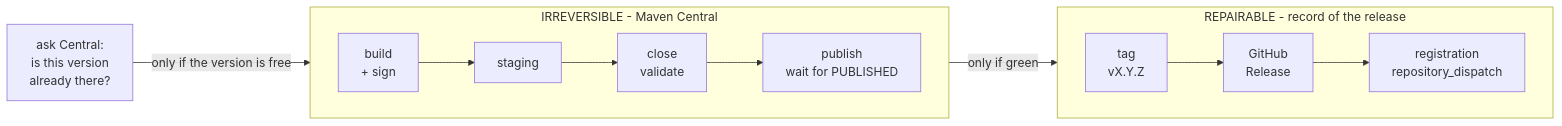
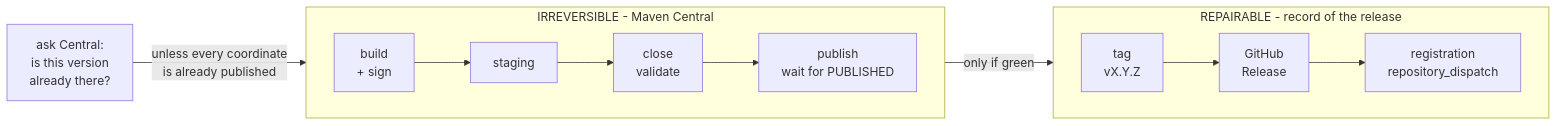
Before and after one commit to octopusden/octopus-base: the first of 4 diagrams in docs/Octopus Release Pipeline.md, drawn with Mermaid. The commit also changed other lines of this file, not shown here.

````diff
--- a/docs/Octopus Release Pipeline.md
+++ b/docs/Octopus Release Pipeline.md
@@ -34,14 +34,14 @@
 ```mermaid
 flowchart LR
     PF["ask Central:<br/>is this version<br/>already there?"]
     subgraph publish ["IRREVERSIBLE - Maven Central"]
         direction LR
         B["build<br/>+ sign"] --> S["staging"] --> C["close<br/>validate"] --> P["publish<br/>wait for PUBLISHED"]
     end
     subgraph record ["REPAIRABLE - record of the release"]
         direction LR
         T["tag<br/>vX.Y.Z"] --> R["GitHub<br/>Release"] --> L["registration<br/>repository_dispatch"]
     end
-    PF -->|"only if the version is free"| B
+    PF -->|"unless every coordinate<br/>is already published"| B
     P -->|"only if green"| T
 ```
````
